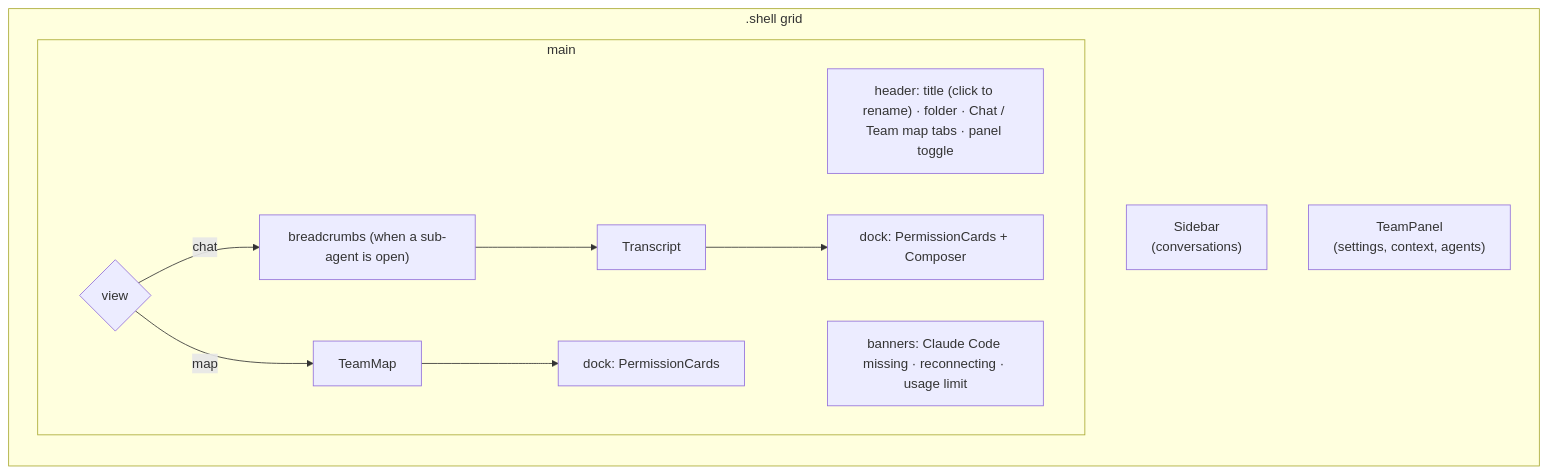
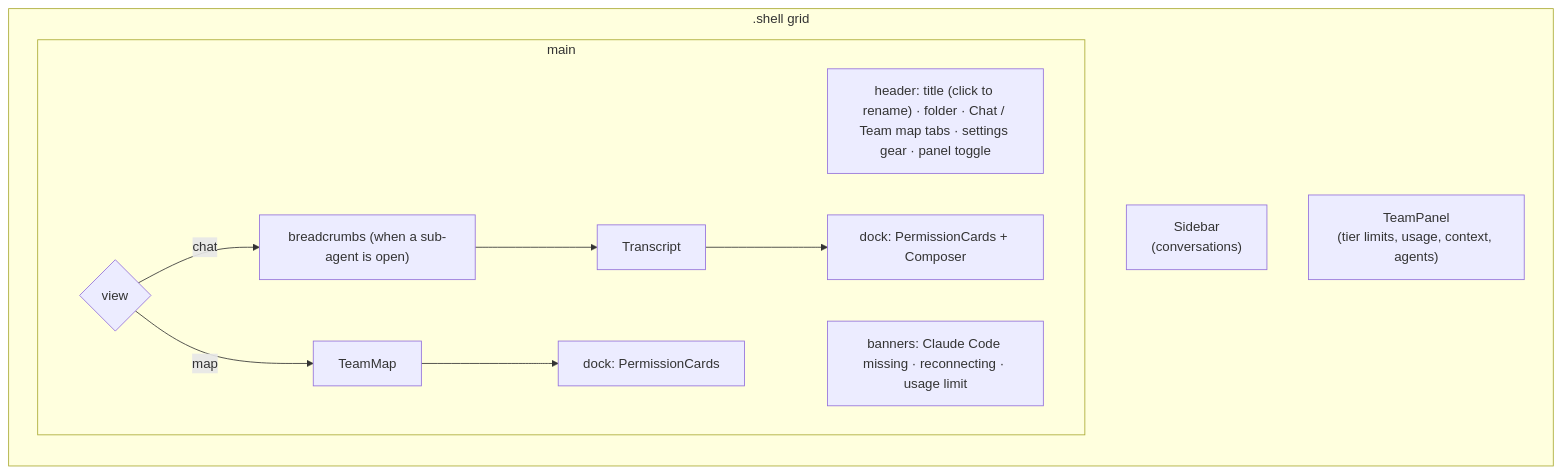
The diagram in docs/wiki/Source-Web-Front-End.md (Luxorium/masthead), drawn with Mermaid before and after one commit. The commit also changed other lines of this file and 71 other files, not shown here.

````diff
--- a/docs/wiki/Source-Web-Front-End.md
+++ b/docs/wiki/Source-Web-Front-End.md
@@ -23,14 +30,14 @@
 ```mermaid
 flowchart LR
   subgraph Shell[".shell grid"]
     SB["Sidebar<br/>(conversations)"]
     subgraph Main["main"]
-      H["header: title (click to rename) · folder · Chat / Team map tabs · panel toggle"]
+      H["header: title (click to rename) · folder · Chat / Team map tabs · settings gear · panel toggle"]
       BN["banners: Claude Code missing · reconnecting · usage limit"]
       V{"view"}
       V -- chat --> CR["breadcrumbs (when a sub-agent is open)"] --> T[Transcript] --> D1["dock: PermissionCards + Composer"]
       V -- map --> TM[TeamMap] --> D2["dock: PermissionCards"]
     end
-    TP["TeamPanel<br/>(settings, context, agents)"]
+    TP["TeamPanel<br/>(tier limits, usage, context, agents)"]
   end
 ```
````
